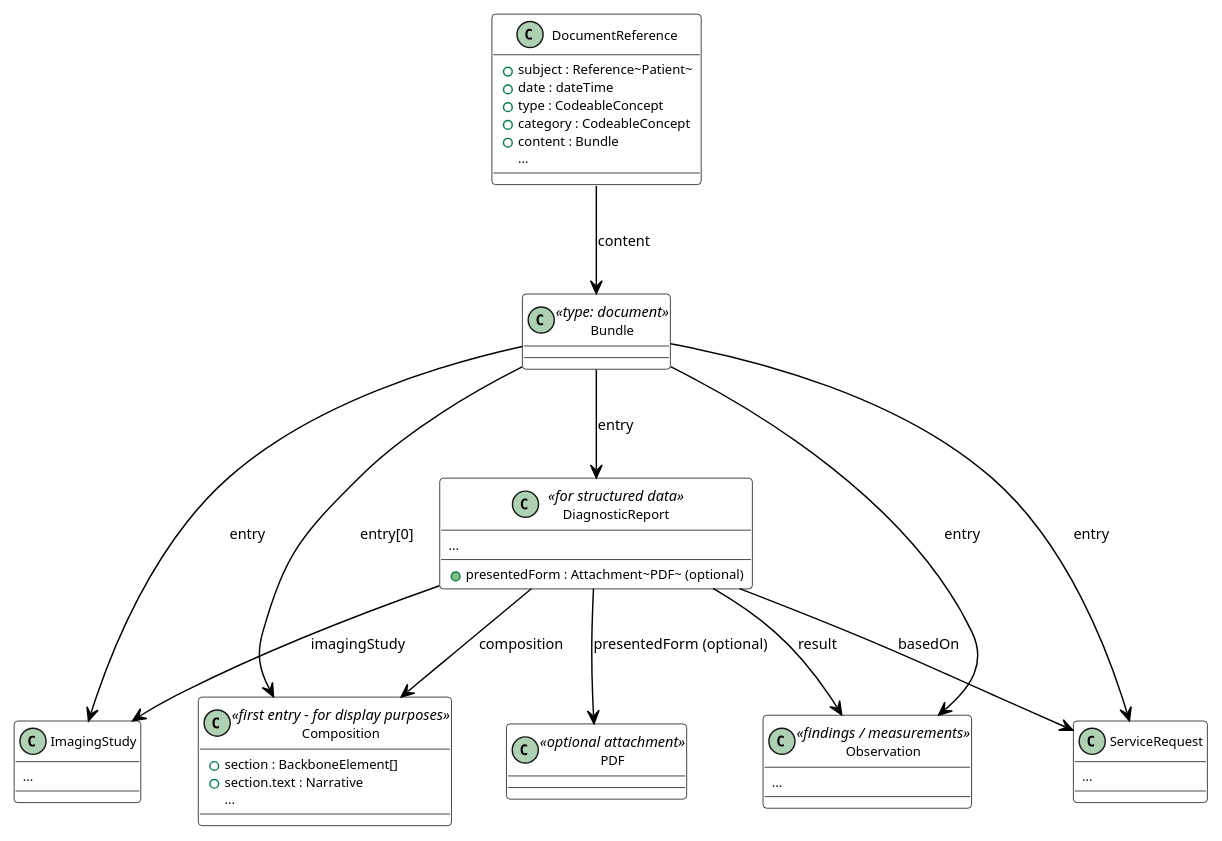
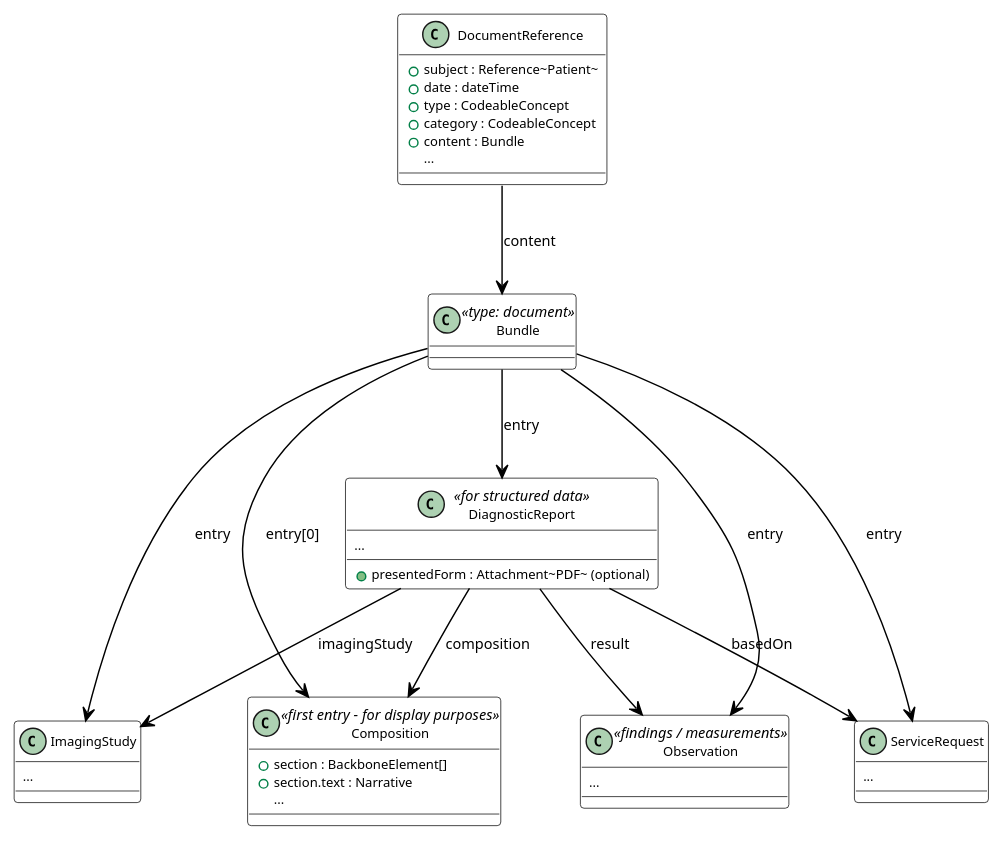
One commit to hl7-eu/imaging changed the diagram in ig-src/input/images-source/data-format-section-structured.plantuml. Above: the diagram before and after it, drawn with PlantUML.

Commit message:
remove optional pdf

```diff
--- a/ig-src/input/images-source/data-format-section-structured.plantuml
+++ b/ig-src/input/images-source/data-format-section-structured.plantuml
@@ -1,64 +1,62 @@
 @startuml data-format-section-structured
 
 skinparam backgroundColor white
 skinparam handwritten false
 skinparam defaultFontSize 10
 skinparam classAttributeFontSize 9
 
 skinparam class {
   BackgroundColor White
   BorderColor Black
   ArrowColor Black
 }
 
 class DocumentReference {
   +subject : Reference~Patient~
   +date : dateTime
   +type : CodeableConcept
   +category : CodeableConcept
   +content : Bundle
   ...
 }
 
 class Bundle <<type: document>> {
 }
 
 class Composition <<first entry - for display purposes>> {
   +section : BackboneElement[]
   +section.text : Narrative
   ...
 }
 
 class DiagnosticReport <<for structured data>> {
   +presentedForm : Attachment~PDF~ (optional)
   ...
 }
 
 class ImagingStudy {
   ...
 }
 
 class ServiceRequest {
   ...
 }
 
 class Observation <<findings / measurements>> {
   ...
 }
 
-class PDF <<optional attachment>> {
-}
 
 DocumentReference --> Bundle : content
 Bundle --> Composition : entry[0]
 Bundle --> DiagnosticReport : entry
 Bundle --> ImagingStudy : entry
 Bundle --> ServiceRequest : entry
 Bundle --> Observation : entry
 DiagnosticReport --> ImagingStudy : imagingStudy
 DiagnosticReport --> ServiceRequest : basedOn
 DiagnosticReport --> Observation : result
-DiagnosticReport --> PDF : presentedForm (optional)
+
 DiagnosticReport --> Composition : composition
 
 @enduml
```
